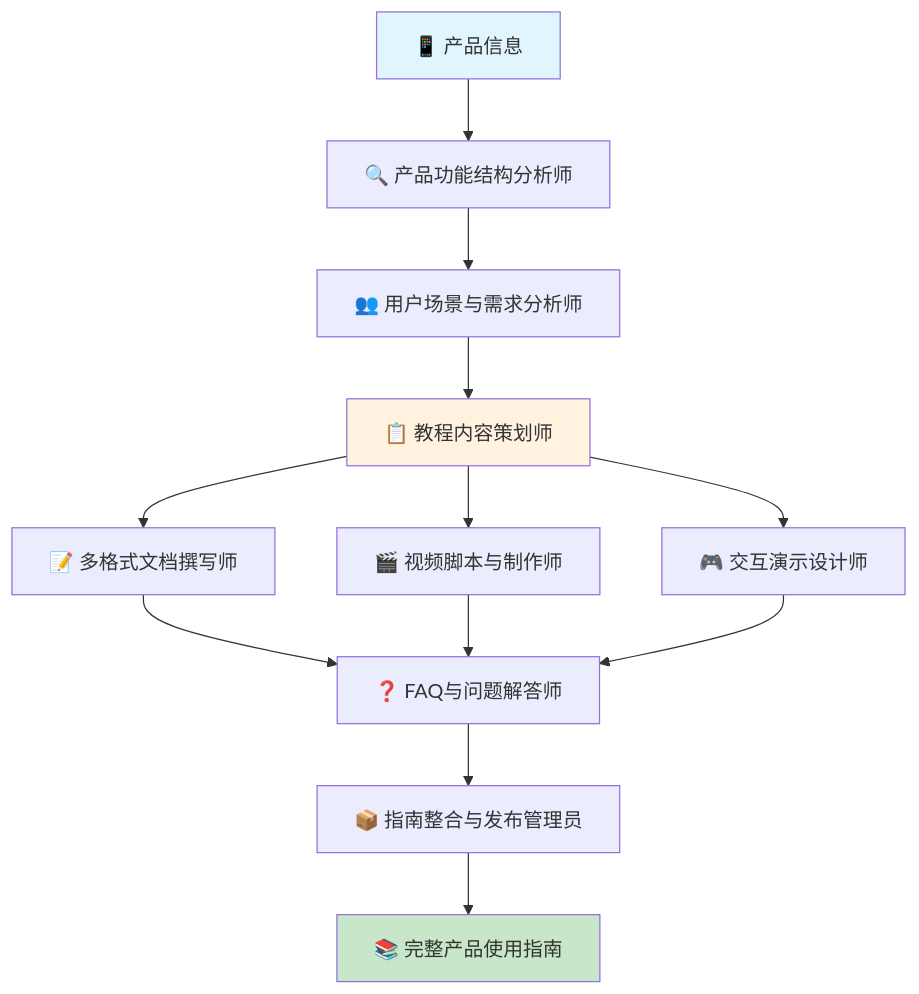
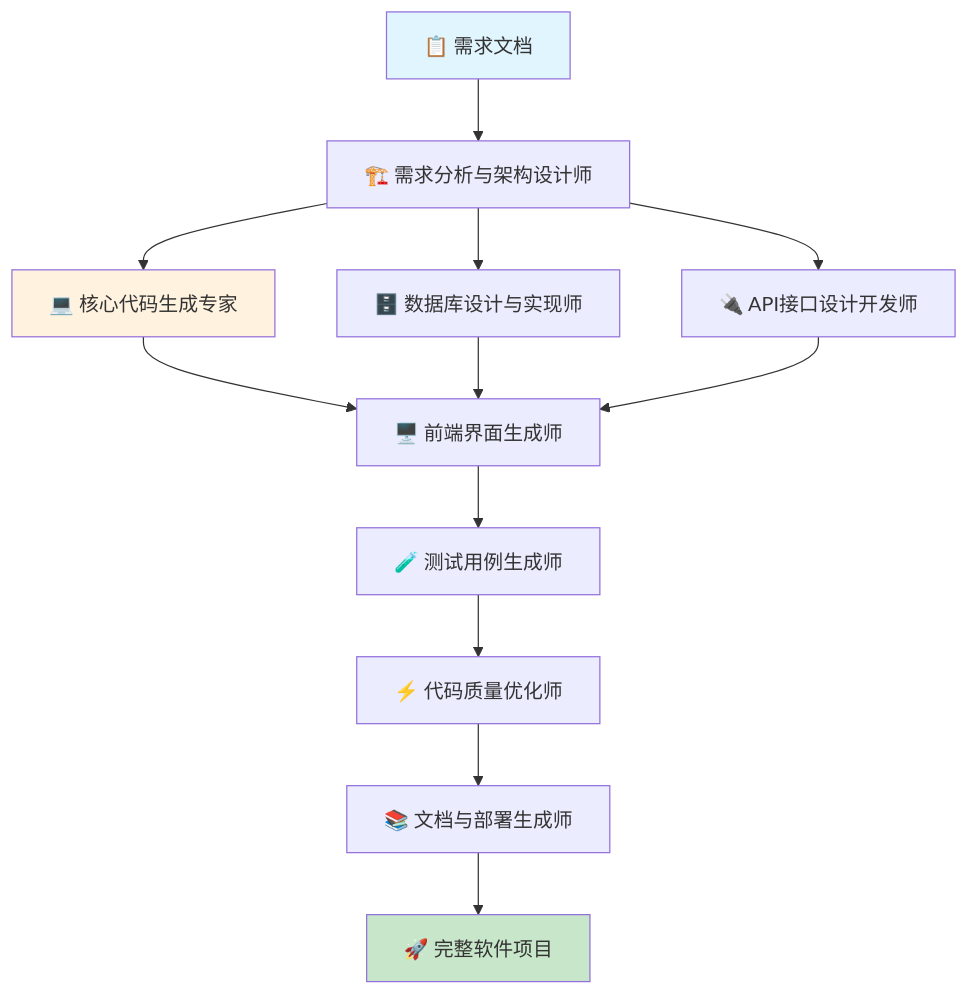
One commit to pftom/refly-use-cases changed the eighth of 21 diagrams in use-cases/detailed-use-cases.md. Above: the diagram before and after it, drawn with Mermaid. The commit also changed other lines of this file and 1 other file, not shown here.

````diff
--- a/use-cases/detailed-use-cases.md
+++ b/use-cases/detailed-use-cases.md
@@ -935,18 +768,18 @@
 ```mermaid
 graph TD
-    A[📱 产品信息] --> B[🔍 产品功能结构分析师]
-    B --> C[👥 用户场景与需求分析师]
-    C --> D[📋 教程内容策划师]
-    D --> E[📝 多格式文档撰写师]
-    D --> F[🎬 视频脚本与制作师]
-    D --> G[🎮 交互演示设计师]
-    E --> H[❓ FAQ与问题解答师]
-    F --> H
-    G --> H
-    H --> I[📦 指南整合与发布管理员]
-    I --> J[📚 完整产品使用指南]
+    A[📋 需求文档] --> B[🏗️ 需求分析与架构设计师]
+    B --> C[💻 核心代码生成专家]
+    B --> D[🗄️ 数据库设计与实现师]
+    B --> E[🔌 API接口设计开发师]
+    C --> F[🖥️ 前端界面生成师]
+    D --> F
+    E --> F
+    F --> G[🧪 测试用例生成师]
+    G --> H[⚡ 代码质量优化师]
+    H --> I[📚 文档与部署生成师]
+    I --> J[🚀 完整软件项目]
     
     style A fill:#e1f5fe
     style J fill:#c8e6c9
-    style D fill:#fff3e0
+    style C fill:#fff3e0
 ```
````
